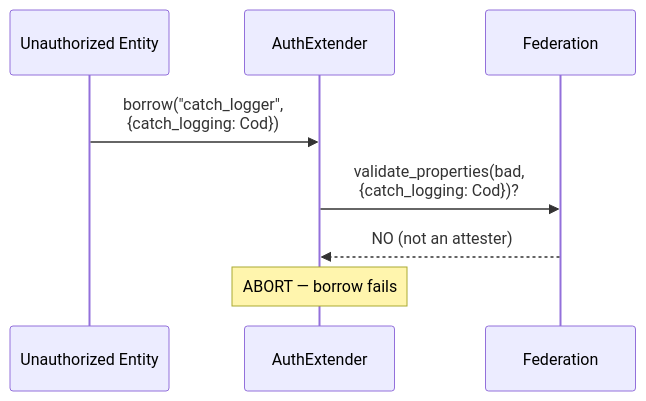
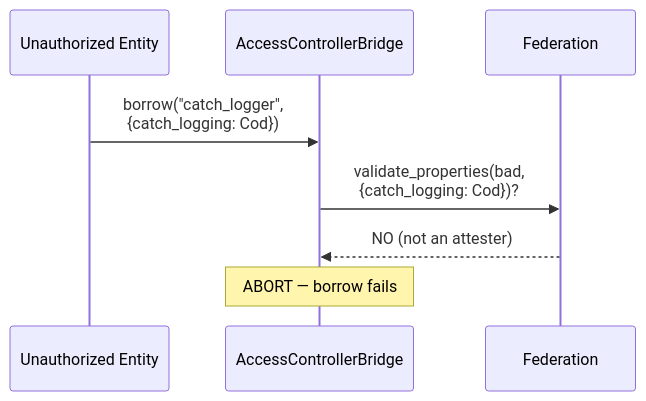
One commit to qrayven/acb changed the fourth of 7 diagrams in resources/access-controller-bridge-v3.md. Above: the diagram before and after it, drawn with Mermaid. The commit also changed other lines of this file, not shown here.

````diff
--- a/resources/access-controller-bridge-v3.md
+++ b/resources/access-controller-bridge-v3.md
@@ -2416,11 +2392,11 @@
 ```mermaid
 sequenceDiagram
     participant Bad as Unauthorized Entity
-    participant AE as AuthExtender
+    participant AE as AccessControllerBridge
     participant Fed as Federation
 
     Bad->>AE: borrow("catch_logger",<br/>{catch_logging: Cod})
     AE->>Fed: validate_properties(bad,<br/>{catch_logging: Cod})?
     Fed-->>AE: NO (not an attester)
     Note over AE: ABORT — borrow fails
 ```
````
